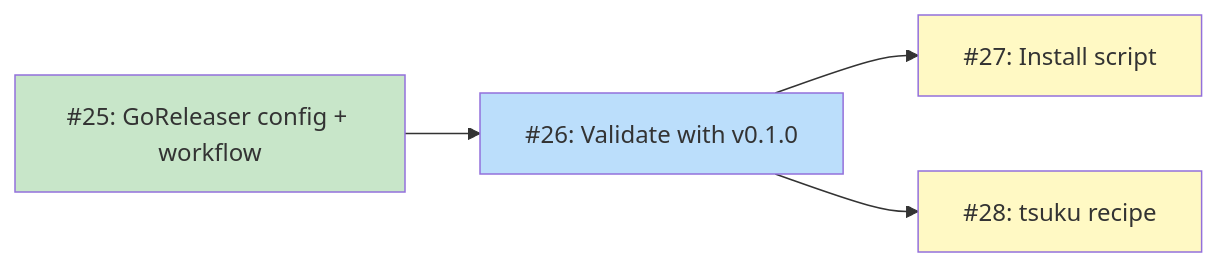
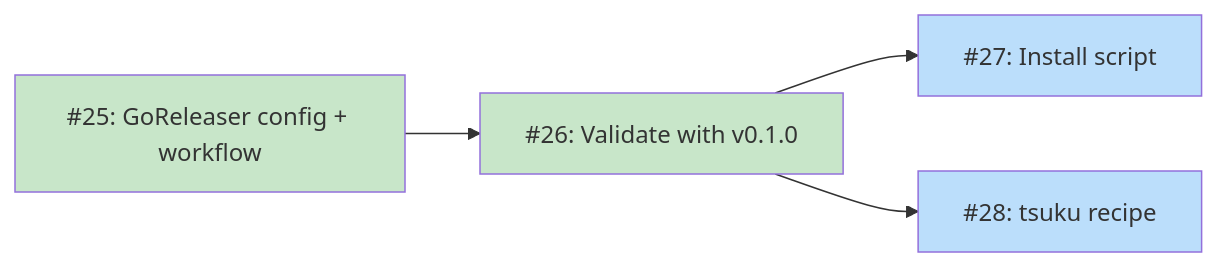
Before and after one commit to tsukumogami/koto: the diagram in docs/designs/DESIGN-koto-installation.md, drawn with Mermaid. The commit also changed other lines of this file and 3 other files, not shown here.

````diff
--- a/docs/designs/DESIGN-koto-installation.md
+++ b/docs/designs/DESIGN-koto-installation.md
@@ -33,21 +33,21 @@
 ```mermaid
 graph LR
     I25["#25: GoReleaser config + workflow"]
     I26["#26: Validate with v0.1.0"]
     I27["#27: Install script"]
     I28["#28: tsuku recipe"]
 
     I25 --> I26
     I26 --> I27
     I26 --> I28
 
     classDef done fill:#c8e6c9
     classDef ready fill:#bbdefb
     classDef blocked fill:#fff9c4
     classDef needsDesign fill:#e1bee7
     classDef tracksDesign fill:#FFE0B2,stroke:#F57C00,color:#000
 
     class I25 done
-    class I26 ready
-    class I27,I28 blocked
+    class I26 done
+    class I27,I28 ready
 ```
````
